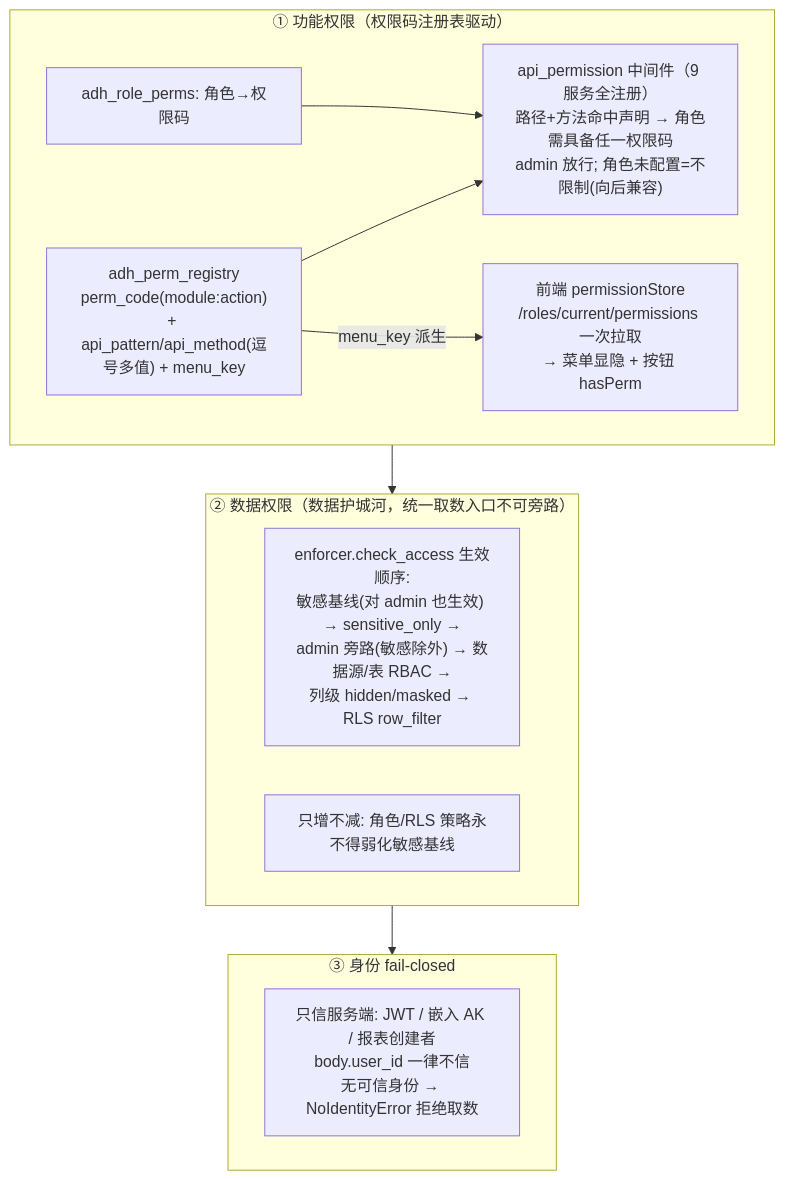
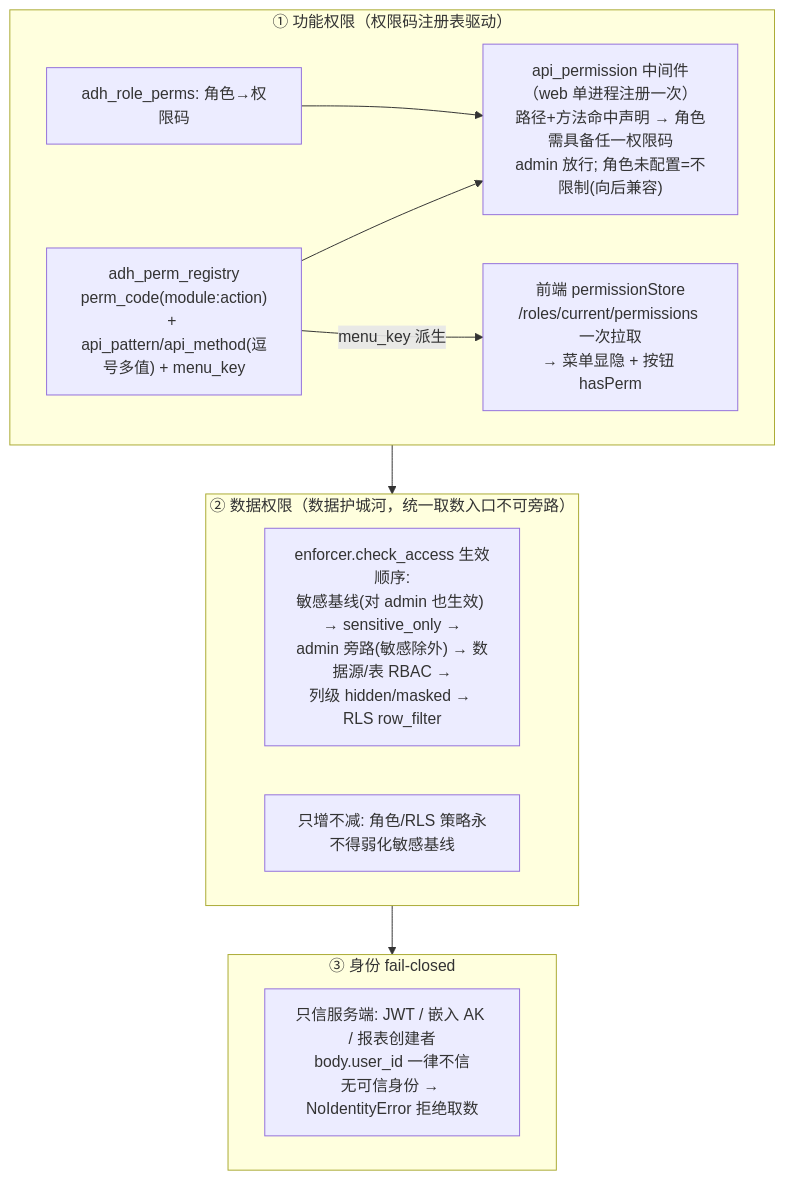
One commit to PomeloSpring/AI-DataHub changed the fourth of 5 diagrams in docs/ARCHITECTURE.md. Above: the diagram before and after it, drawn with Mermaid. The commit also changed other lines of this file and 6 other files, not shown here.

First line of the commit message:
docs(arch): Phase 5 文档/规则对齐——分层模块图+web 单进程部署视图，rules 点名路径迁新口径

````diff
--- a/docs/ARCHITECTURE.md
+++ b/docs/ARCHITECTURE.md
@@ -161,20 +184,20 @@
 ```mermaid
 flowchart TB
     subgraph L1["① 功能权限（权限码注册表驱动）"]
         PR["adh_perm_registry<br/>perm_code(module:action)<br/>+ api_pattern/api_method(逗号多值) + menu_key"]
         RP["adh_role_perms: 角色→权限码"]
-        MW["api_permission 中间件（9 服务全注册）<br/>路径+方法命中声明 → 角色需具备任一权限码<br/>admin 放行; 角色未配置=不限制(向后兼容)"]
+        MW["api_permission 中间件（web 单进程注册一次）<br/>路径+方法命中声明 → 角色需具备任一权限码<br/>admin 放行; 角色未配置=不限制(向后兼容)"]
         FS["前端 permissionStore<br/>/roles/current/permissions 一次拉取<br/>→ 菜单显隐 + 按钮 hasPerm"]
         PR --> MW
         RP --> MW
         PR -->|menu_key 派生| FS
     end
     subgraph L2["② 数据权限（数据护城河，统一取数入口不可旁路）"]
         SEQ["enforcer.check_access 生效顺序:<br/>敏感基线(对 admin 也生效) → sensitive_only →<br/>admin 旁路(敏感除外) → 数据源/表 RBAC →<br/>列级 hidden/masked → RLS row_filter"]
         RULE["只增不减: 角色/RLS 策略永不得弱化敏感基线"]
     end
     subgraph L3["③ 身份 fail-closed"]
         ID["只信服务端: JWT / 嵌入 AK / 报表创建者<br/>body.user_id 一律不信<br/>无可信身份 → NoIdentityError 拒绝取数"]
     end
     L1 --> L2 --> L3
 ```
````
